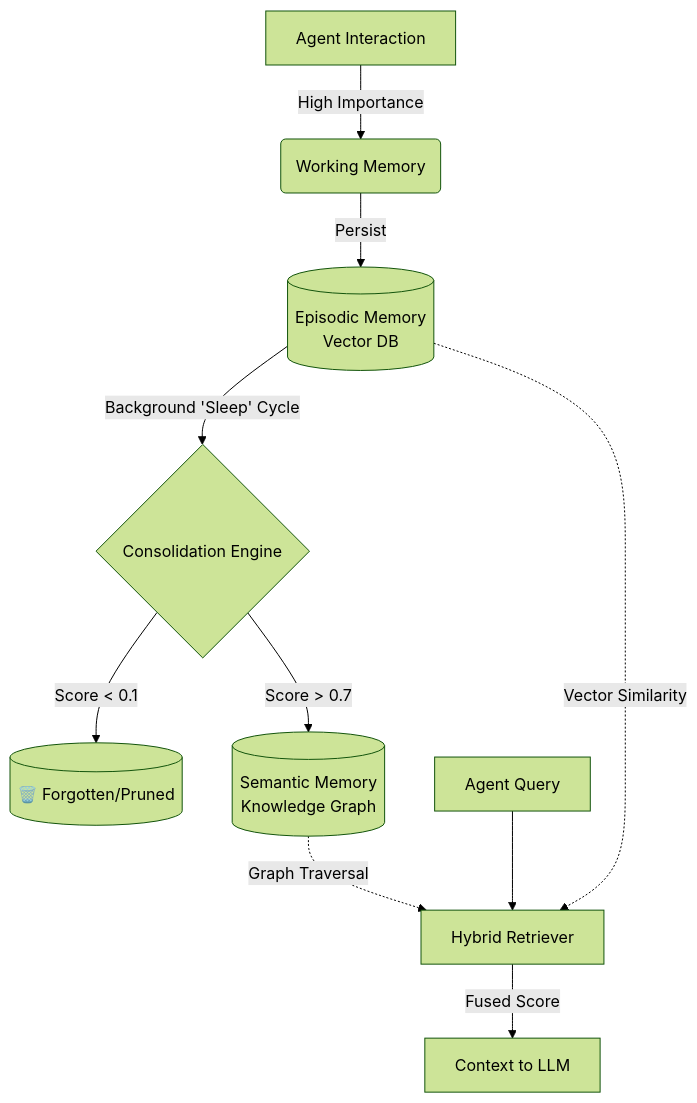
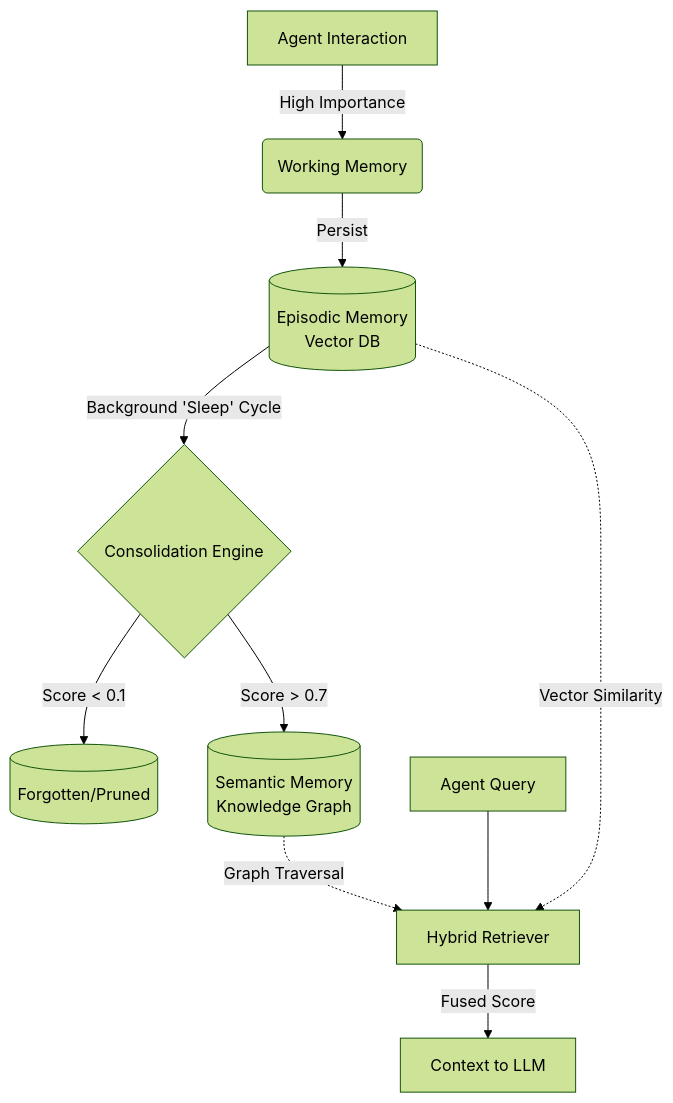
Before and after one commit to sanjeevkumar-lab/cognimem: the diagram in README.md, drawn with Mermaid (forest theme). The commit also changed other lines of this file, not shown here.

````diff
--- a/README.md
+++ b/README.md
@@ -181,14 +181,14 @@
 ```mermaid
 graph TD
     A[Agent Interaction] -->|High Importance| B(Working Memory)
     B -->|Persist| C[(Episodic Memory<br/>Vector DB)]
     
     C -->|Background 'Sleep' Cycle| D{Consolidation Engine}
-    D -->|Score < 0.1| E[(🗑️ Forgotten/Pruned)]
+    D -->|Score < 0.1| E[( Forgotten/Pruned)]
     D -->|Score > 0.7| F[(Semantic Memory<br/>Knowledge Graph)]
     
     G[Agent Query] --> H[Hybrid Retriever]
     C -.->|Vector Similarity| H
     F -.->|Graph Traversal| H
     H -->|Fused Score| I[Context to LLM]
 ```
````
